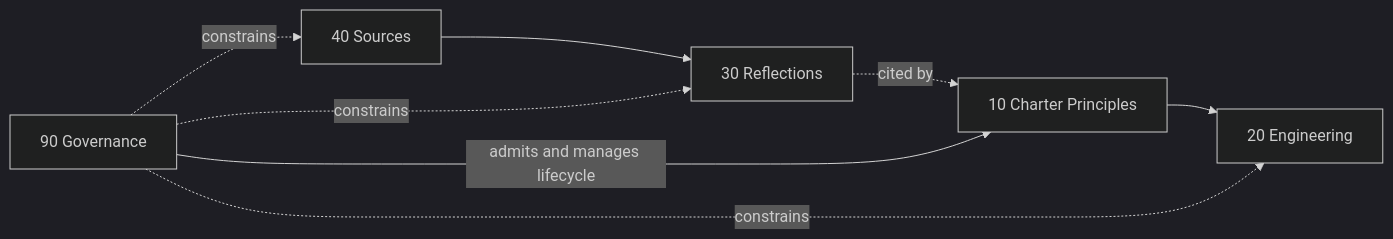
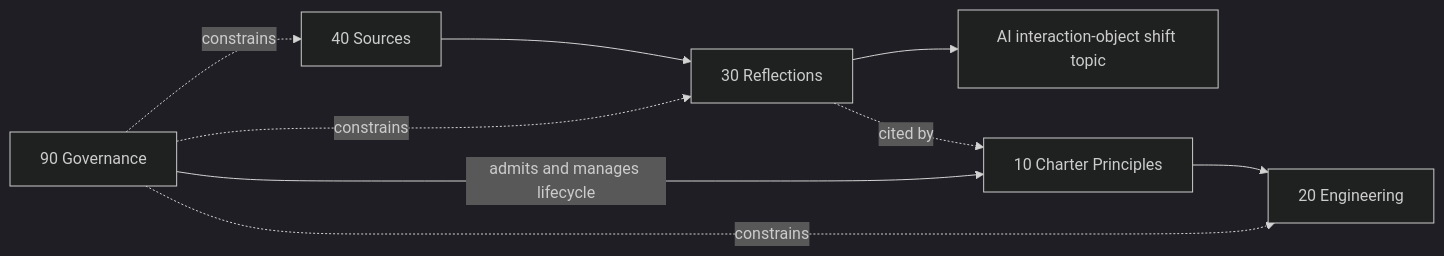
The diagram in en/00-topology/00.00-repository-topology.org (tao3k/philosophy), drawn with Mermaid (dark theme) before and after one commit. The commit also changed other lines of this file and 48 other files, not shown here.

```diff
--- a/en/00-topology/00.00-repository-topology.org
+++ b/en/00-topology/00.00-repository-topology.org
@@ -35,10 +36,11 @@
 #+begin_src mermaid :exports results :file en-content-topology.svg
 flowchart LR
   SRC[40 Sources] --> REF[30 Reflections]
+  REF --> AIOBJ[AI interaction-object shift topic]
   REF -.cited by.-> PRI[10 Charter Principles]
   GOV[90 Governance] -->|admits and manages lifecycle| PRI
   PRI --> MAP[20 Engineering]
   GOV -.constrains.-> SRC
   GOV -.constrains.-> REF
   GOV -.constrains.-> MAP
 #+end_src
```
